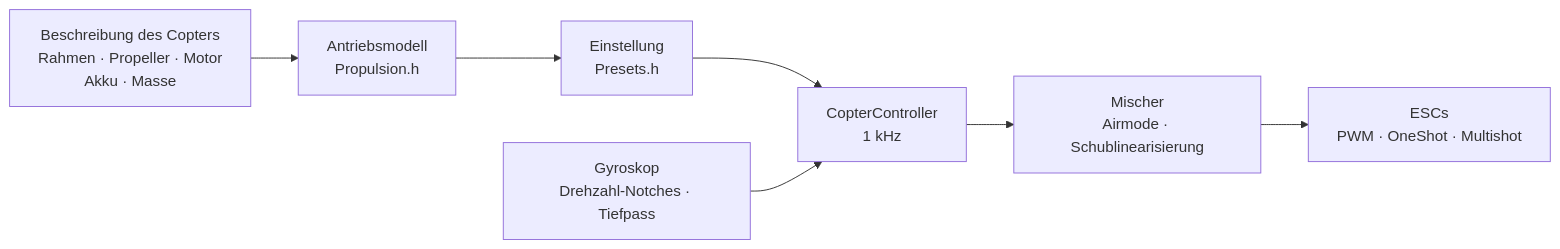
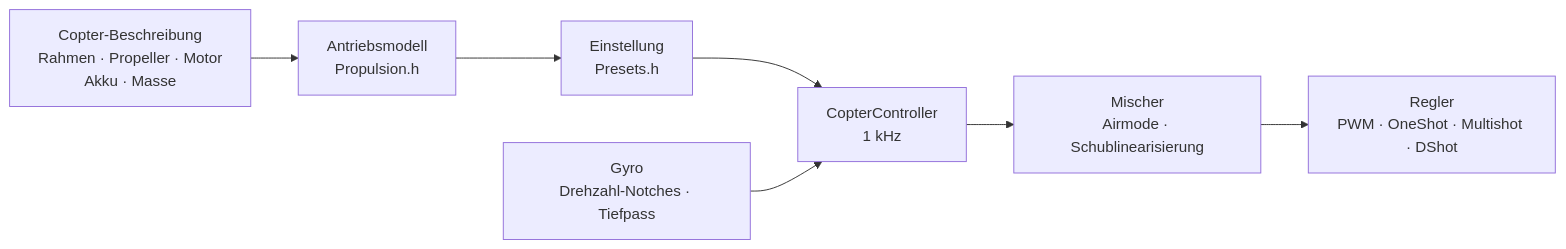
The diagram in docs/i18n/de/COPTER.md (damir-lebedev/OpenPlaneProject), drawn with Mermaid before and after one commit. The commit also changed other lines of this file and 21 other files, not shown here.

Commit message:
Docs: COPTER.md and README in 11 languages — MSP, BF diff paste, DShot, F405, FPV, black box on SPI flash

````diff
--- a/docs/i18n/de/COPTER.md
+++ b/docs/i18n/de/COPTER.md
@@ -21,9 +21,9 @@
 ```mermaid
 flowchart LR
-    D["Beschreibung des Copters<br/>Rahmen · Propeller · Motor<br/>Akku · Masse"] --> M["Antriebsmodell<br/>Propulsion.h"]
+    D["Copter-Beschreibung<br/>Rahmen · Propeller · Motor<br/>Akku · Masse"] --> M["Antriebsmodell<br/>Propulsion.h"]
     M --> T["Einstellung<br/>Presets.h"]
     T --> C["CopterController<br/>1 kHz"]
-    G["Gyroskop<br/>Drehzahl-Notches · Tiefpass"] --> C
+    G["Gyro<br/>Drehzahl-Notches · Tiefpass"] --> C
     C --> X["Mischer<br/>Airmode · Schublinearisierung"]
-    X --> E["ESCs<br/>PWM · OneShot · Multishot"]
+    X --> E["Regler<br/>PWM · OneShot · Multishot · DShot"]
 ```
````
